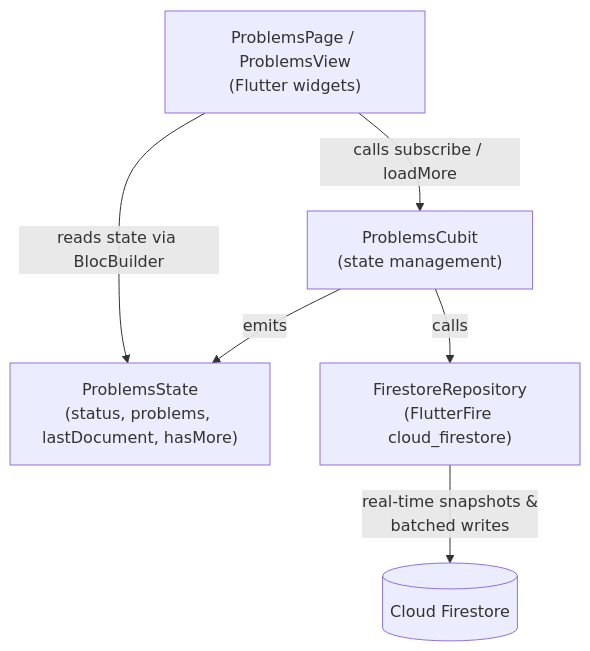
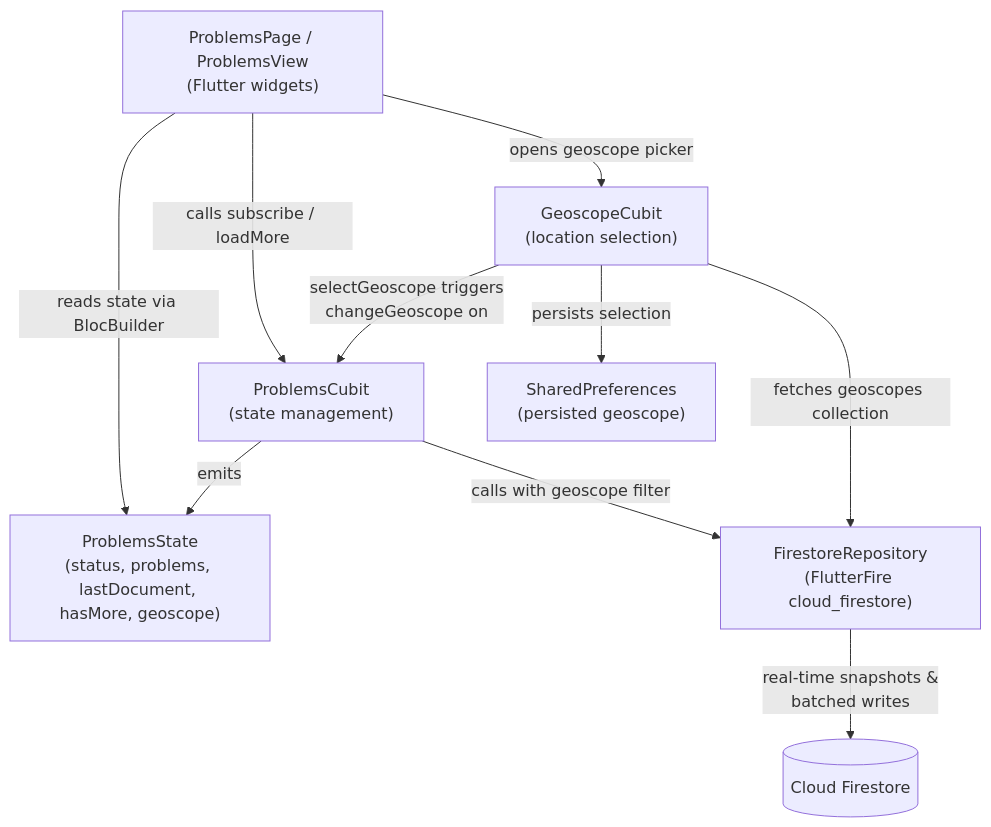
One commit to adsouza/votasq changed the sixth of 10 diagrams in ARCHITECTURE.md. Above: the diagram before and after it, drawn with Mermaid. The commit also changed other lines of this file, not shown here.

````diff
--- a/ARCHITECTURE.md
+++ b/ARCHITECTURE.md
@@ -181,14 +185,20 @@
 ```mermaid
 graph TD
     UI["ProblemsPage / ProblemsView<br/>(Flutter widgets)"]
     Cubit["ProblemsCubit<br/>(state management)"]
-    State["ProblemsState<br/>(status, problems, lastDocument, hasMore)"]
+    GeoCubit["GeoscopeCubit<br/>(location selection)"]
+    State["ProblemsState<br/>(status, problems, lastDocument, hasMore, geoscope)"]
     Repo["FirestoreRepository<br/>(FlutterFire cloud_firestore)"]
+    Prefs["SharedPreferences<br/>(persisted geoscope)"]
     Firestore[(Cloud Firestore)]
 
     UI -->|"reads state via BlocBuilder"| State
     UI -->|"calls subscribe / loadMore"| Cubit
+    UI -->|"opens geoscope picker"| GeoCubit
+    GeoCubit -->|"selectGeoscope triggers<br/>changeGeoscope on"| Cubit
+    GeoCubit -->|"persists selection"| Prefs
+    GeoCubit -->|"fetches geoscopes collection"| Repo
     Cubit -->|"emits"| State
-    Cubit -->|"calls"| Repo
+    Cubit -->|"calls with geoscope filter"| Repo
     Repo -->|"real-time snapshots &<br/>batched writes"| Firestore
 ```
````
